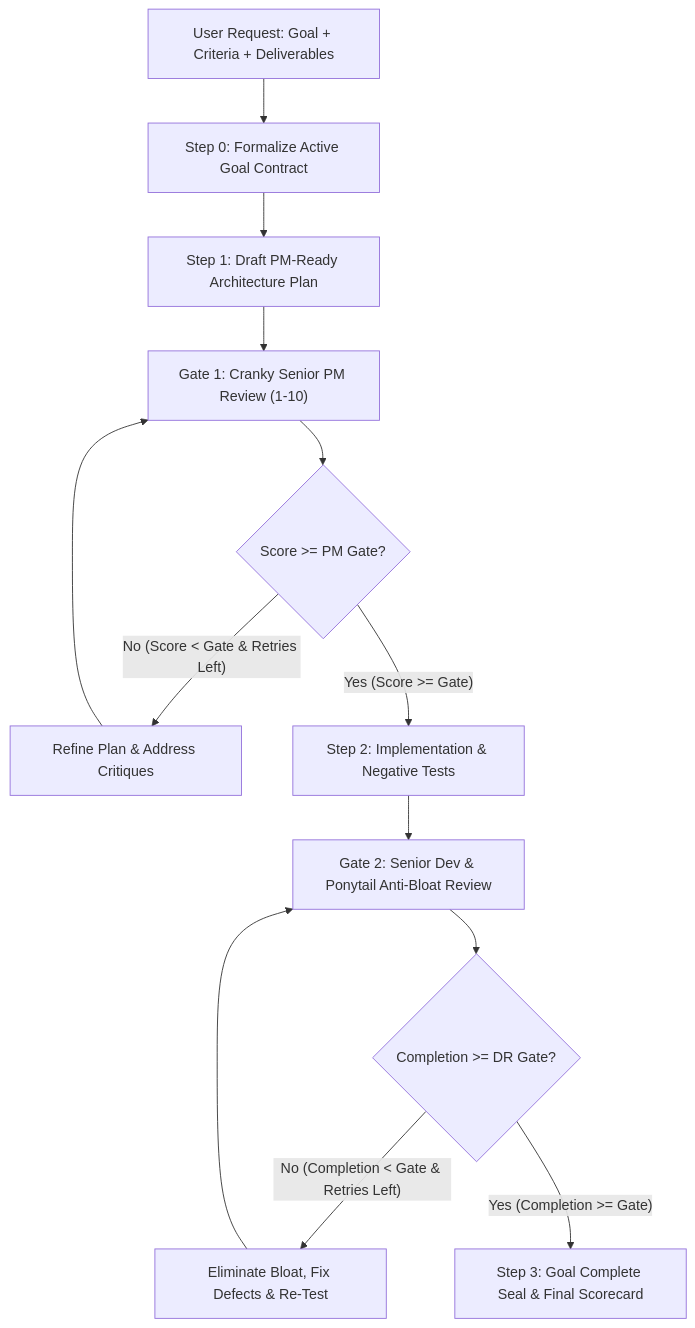
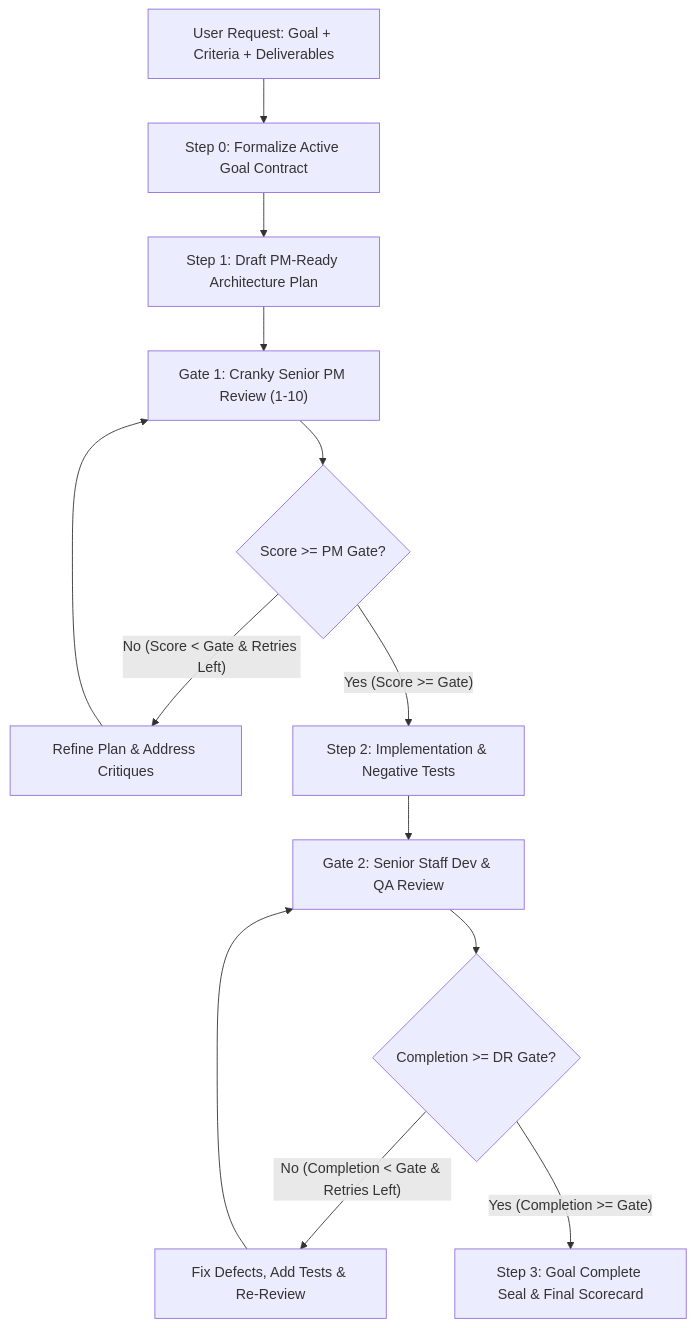
One commit to Weatwagon/antigravity-review-loop changed the diagram in README.md. Above: the diagram before and after it, drawn with Mermaid. The commit also changed other lines of this file and 6 other files, not shown here.

Commit message:
refactor: rollback ponytail integration and refocus Gate 2 on QA rigor and user request fidelity

````diff
--- a/README.md
+++ b/README.md
@@ -30,15 +30,15 @@
 ```mermaid
 graph TD
     A["User Request: Goal + Criteria + Deliverables"] --> B["Step 0: Formalize Active Goal Contract"]
     B --> C["Step 1: Draft PM-Ready Architecture Plan"]
     C --> D["Gate 1: Cranky Senior PM Review (1-10)"]
     D --> E{"Score >= PM Gate?"}
     E -- "No (Score < Gate & Retries Left)" --> F["Refine Plan & Address Critiques"]
     F --> D
     E -- "Yes (Score >= Gate)" --> G["Step 2: Implementation & Negative Tests"]
-    G --> H["Gate 2: Senior Dev & Ponytail Anti-Bloat Review"]
+    G --> H["Gate 2: Senior Staff Dev & QA Review"]
     H --> I{"Completion >= DR Gate?"}
-    I -- "No (Completion < Gate & Retries Left)" --> J["Eliminate Bloat, Fix Defects & Re-Test"]
+    I -- "No (Completion < Gate & Retries Left)" --> J["Fix Defects, Add Tests & Re-Review"]
     J --> H
     I -- "Yes (Completion >= Gate)" --> K["Step 3: Goal Complete Seal & Final Scorecard"]
 ```
````
